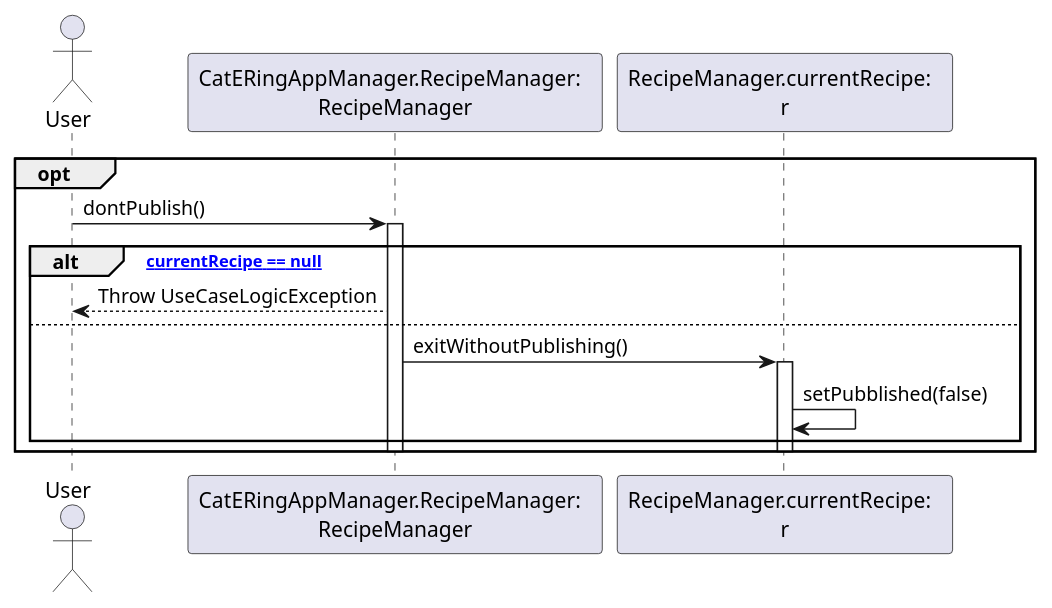
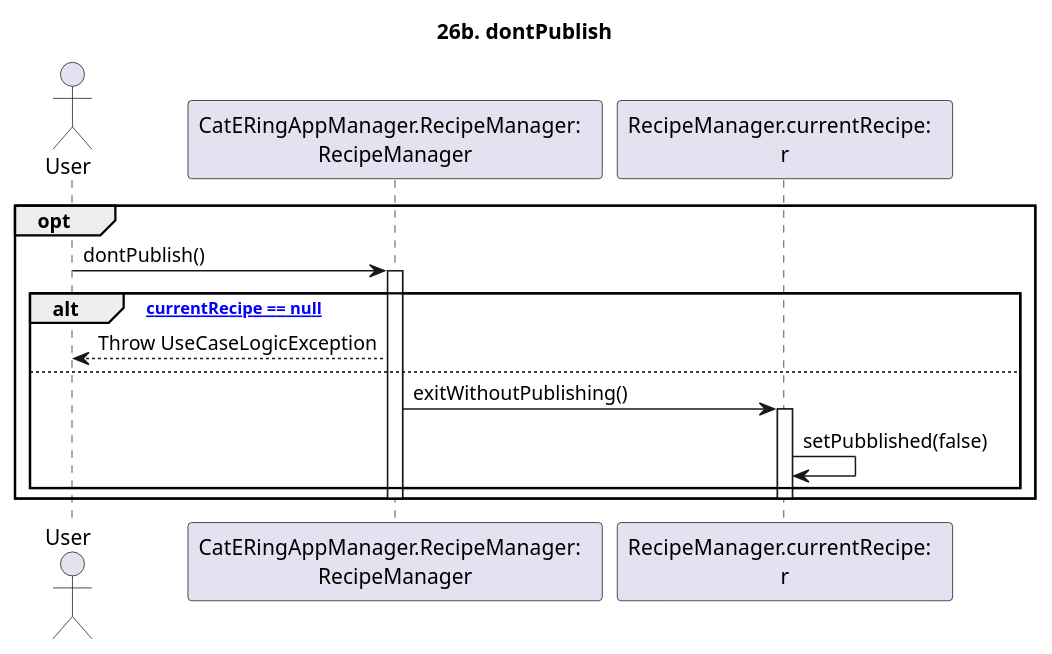
Before and after one commit to m0canu1/sas: the diagram in dsd/dsd-ricette/estensioni/26b-exitNotPublishing.md, drawn with PlantUML. The commit also changed 15 other files, not shown here.

````diff
--- a/dsd/dsd-ricette/estensioni/26b-exitNotPublishing.md
+++ b/dsd/dsd-ricette/estensioni/26b-exitNotPublishing.md
@@ -1,20 +1,23 @@
 ```plantuml
+
+title: 26b. dontPublish
+
 Actor User
 Participant "CatERingAppManager.RecipeManager:  \nRecipeManager" as RM
 Participant "RecipeManager.currentRecipe:  \nr" as CR
 
 opt
 	User -> RM: dontPublish()
 	Activate RM
 	alt ["currentRecipe == null"]
 		RM --> User: Throw UseCaseLogicException
 	else 
 		RM -> CR: exitWithoutPublishing()
 		Activate CR
 		CR -> CR: setPubblished(false)
 	end
 	Deactivate CR
 	Deactivate RM
 end
 
 ```
````
